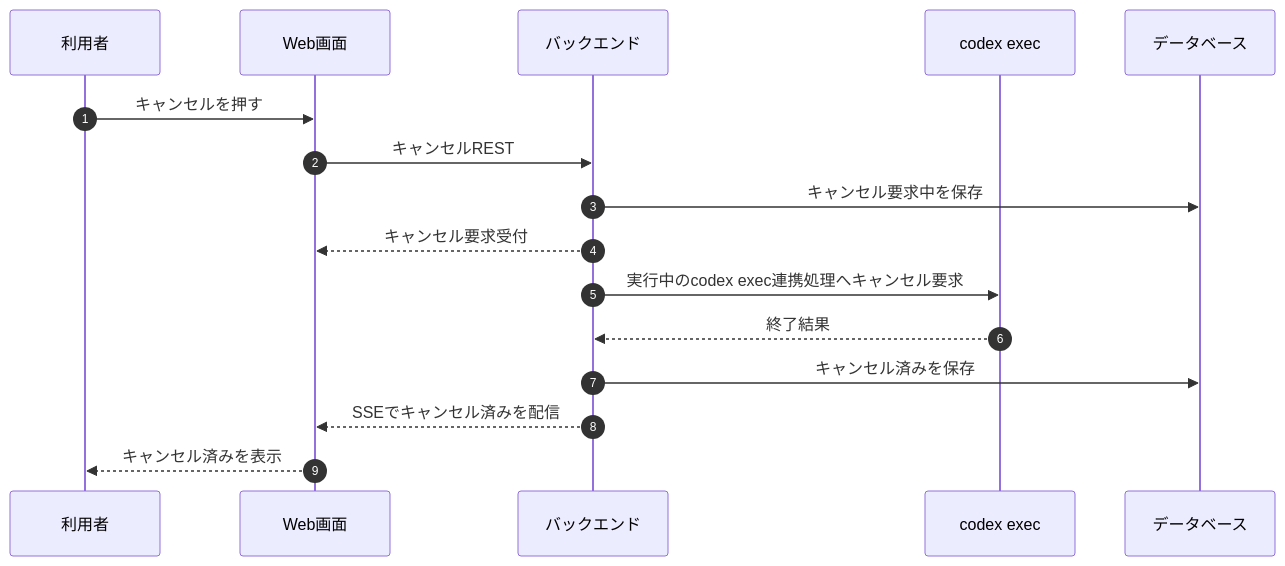
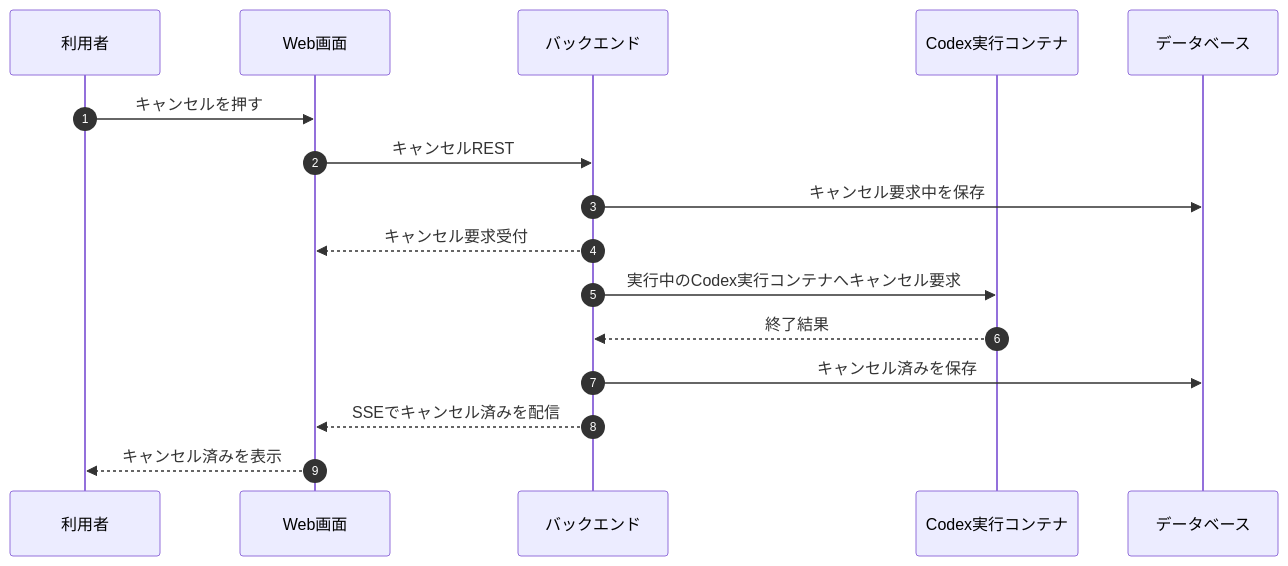
The diagram in docs/02_外部設計/02_業務設計/キャンセルフロー.md (mincsys/D-Concierge), drawn with Mermaid before and after one commit. The commit also changed other lines of this file and 136 other files, not shown here.

````diff
--- a/docs/02_外部設計/02_業務設計/キャンセルフロー.md
+++ b/docs/02_外部設計/02_業務設計/キャンセルフロー.md
@@ -16,19 +16,19 @@
 ```mermaid
 sequenceDiagram
     autonumber
     participant U as 利用者
     participant F as Web画面
     participant B as バックエンド
-    participant C as codex exec
+    participant C as Codex実行コンテナ
     participant D as データベース
 
     U->>F: キャンセルを押す
     F->>B: キャンセルREST
     B->>D: キャンセル要求中を保存
     B-->>F: キャンセル要求受付
-    B->>C: 実行中のcodex exec連携処理へキャンセル要求
+    B->>C: 実行中のCodex実行コンテナへキャンセル要求
     C-->>B: 終了結果
     B->>D: キャンセル済みを保存
     B-->>F: SSEでキャンセル済みを配信
     F-->>U: キャンセル済みを表示
 ```
````
